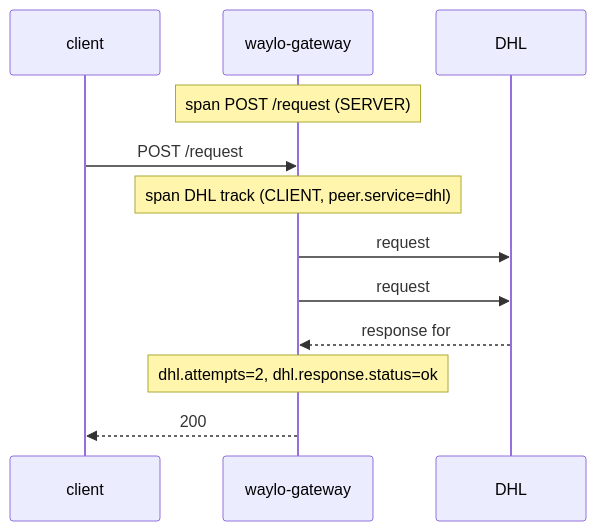
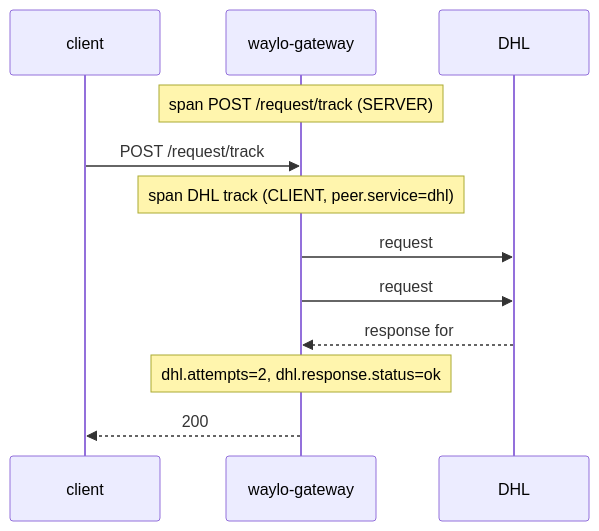
Before and after one commit to ndgynxjnsn-alt/waylo: diagram 12 of 12 in README.md, drawn with Mermaid. The commit also changed other lines of this file and 14 other files, not shown here.

````diff
--- a/README.md
+++ b/README.md
@@ -415,14 +419,14 @@
 ```mermaid
 sequenceDiagram
     participant C as client
     participant G as waylo-gateway
     participant D as DHL
-    Note over G: span POST /request (SERVER)
-    C->>G: POST /request
+    Note over G: span POST /request/track (SERVER)
+    C->>G: POST /request/track
     Note over G: span DHL track (CLIENT, peer.service=dhl)
     G->>D: request #7
     G->>D: request #7 (event: retransmission)
     D-->>G: response for #7
     Note over G: dhl.attempts=2, dhl.response.status=ok
     G-->>C: 200
 ```
````
